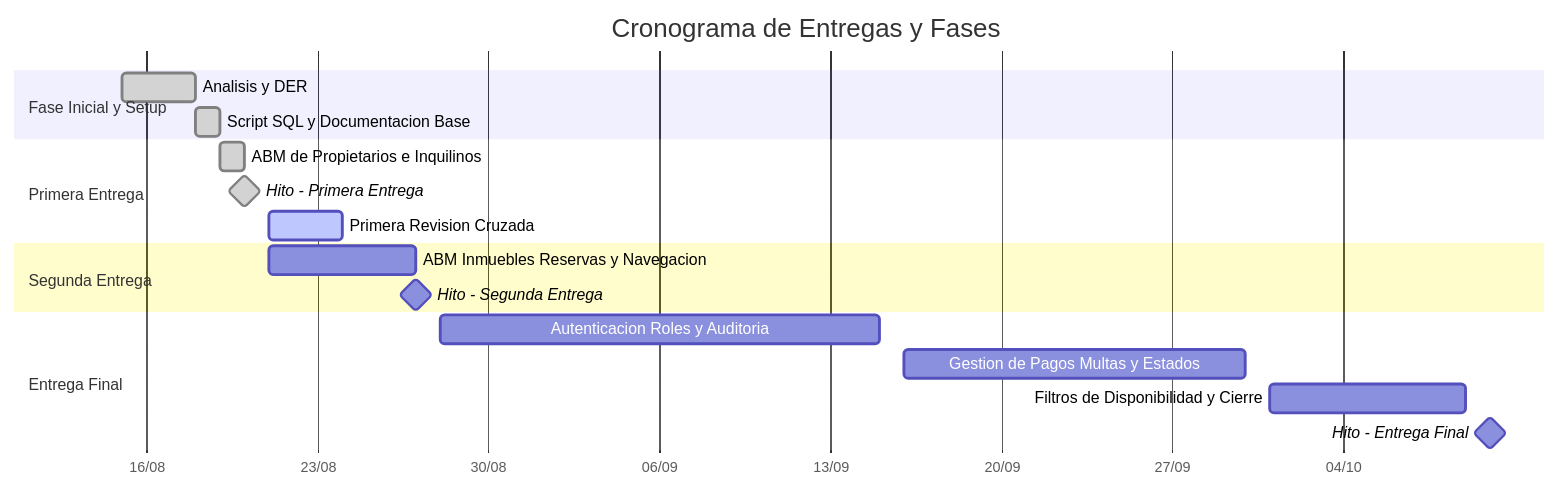
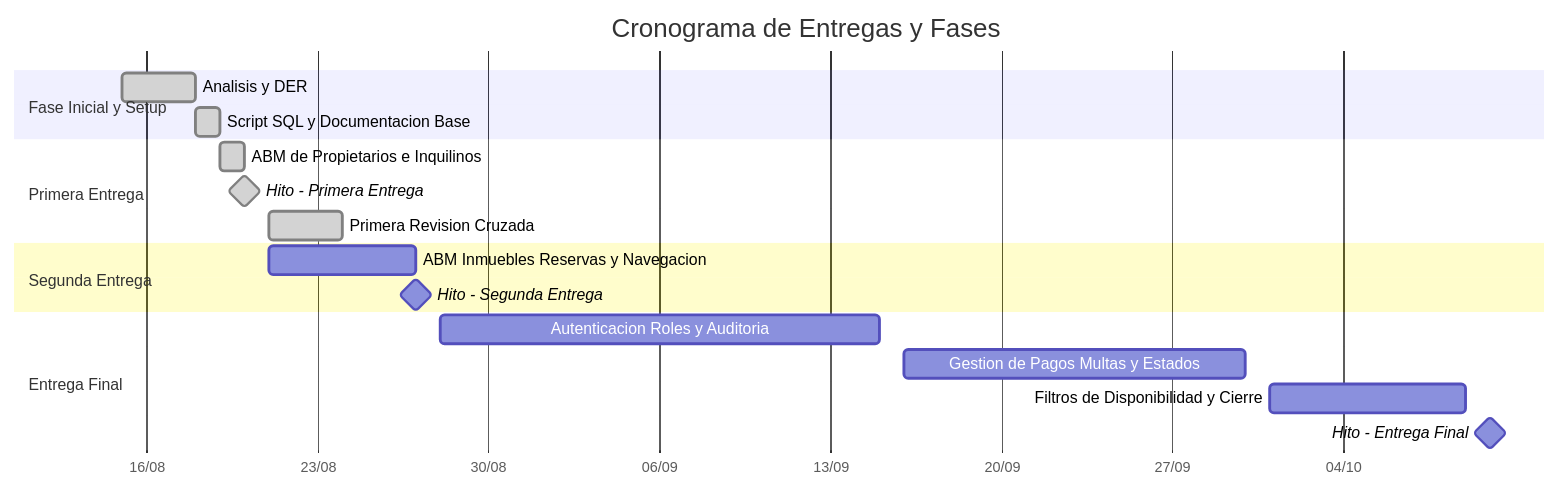
Before and after one commit to EmanuelAngel/inmobiliaria-angel: the diagram in docs/tareas/gantt.md, drawn with Mermaid. The commit also changed 1 other file, not shown here.

Commit message:
docs(revision): agregar revisión de primer entrega de otro compañero

````diff
--- a/docs/tareas/gantt.md
+++ b/docs/tareas/gantt.md
@@ -5,25 +5,25 @@
 ```mermaid
 gantt
     title Cronograma de Entregas y Fases
     dateFormat YYYY-MM-DD
     axisFormat %d/%m
 
     section Fase Inicial y Setup
     Analisis y DER                         :done, a1, 2026-08-15, 2026-08-18
     Script SQL y Documentacion Base        :done, a2, 2026-08-18, 2026-08-19
 
     section Primera Entrega
     ABM de Propietarios e Inquilinos       :done, pe1, 2026-08-19, 2026-08-20
     Hito - Primera Entrega                 :done, milestone, m1, 2026-08-20, 0d
-    Primera Revision Cruzada               :active, rev1, 2026-08-21, 2026-08-24
+    Primera Revision Cruzada               :done, rev1, 2026-08-21, 2026-08-24
 
     section Segunda Entrega
     ABM Inmuebles Reservas y Navegacion    :se1, 2026-08-21, 2026-08-27
     Hito - Segunda Entrega                 :milestone, m2, 2026-08-27, 0d
 
     section Entrega Final
     Autenticacion Roles y Auditoria        :ef1, 2026-08-28, 2026-09-15
     Gestion de Pagos Multas y Estados      :ef2, 2026-09-16, 2026-09-30
     Filtros de Disponibilidad y Cierre     :ef3, 2026-10-01, 2026-10-09
     Hito - Entrega Final                   :milestone, m3, 2026-10-10, 0d
 ```
````
